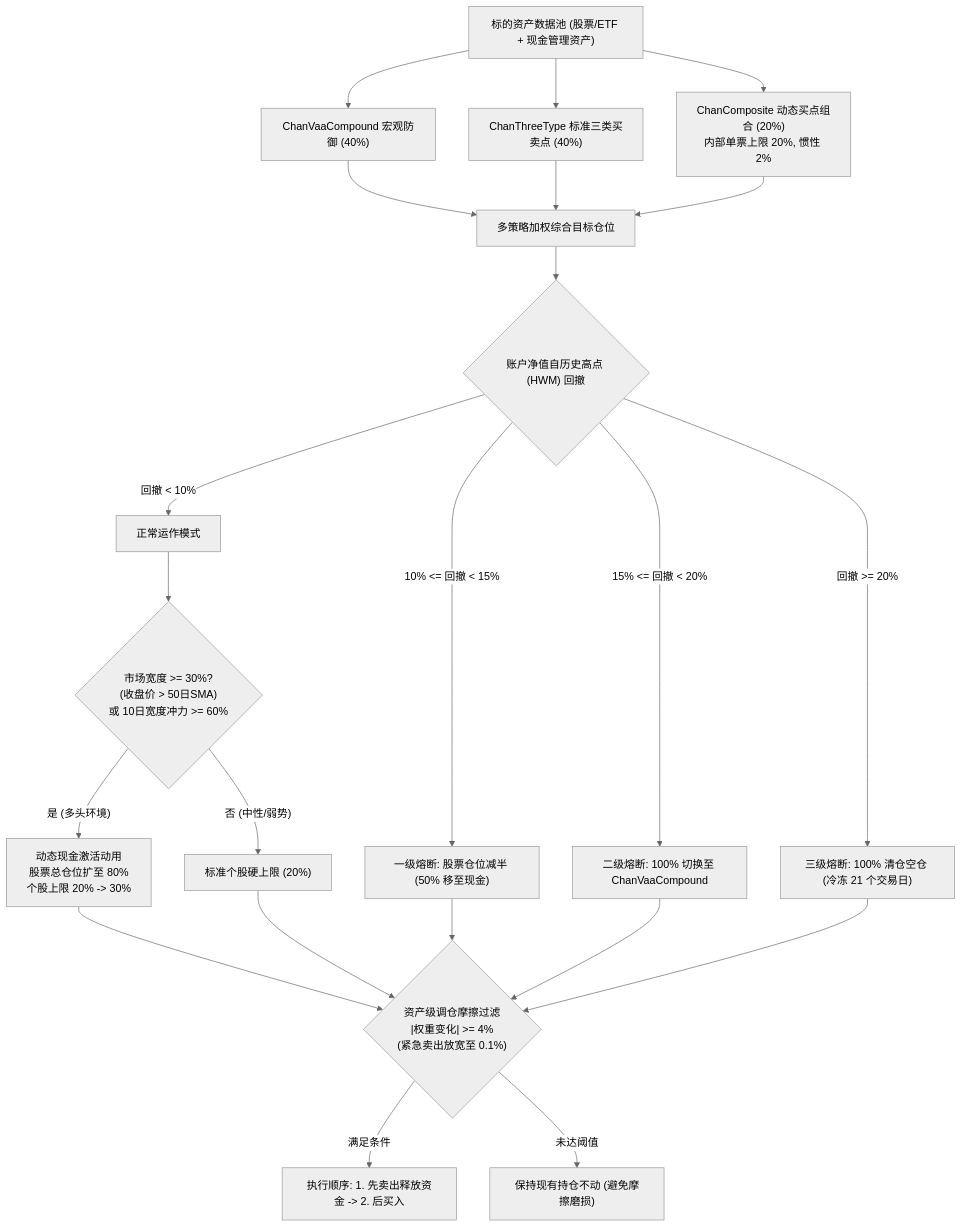
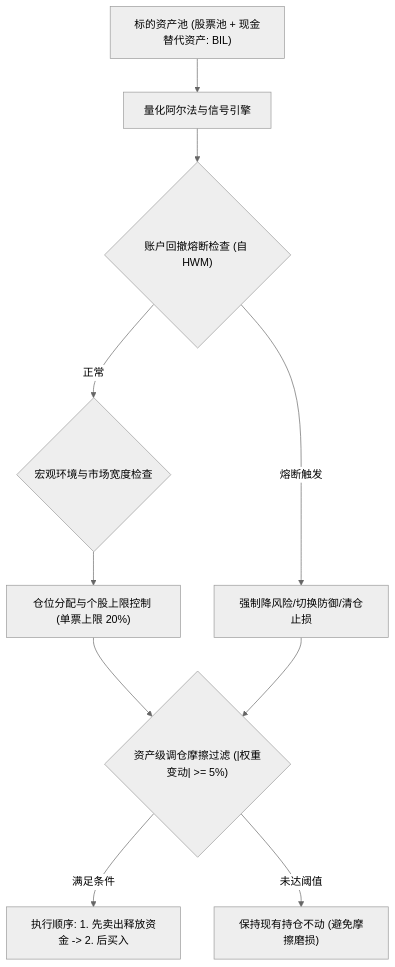
One commit to stonewell/quant_research changed the first of 2 diagrams in docs/ruleset/chan_risk_managed_blend/rules_cn.md. Above: the diagram before and after it, drawn with Mermaid (neutral theme). The commit also changed other lines of this file and 15 other files, not shown here.

````diff
--- a/docs/ruleset/chan_risk_managed_blend/rules_cn.md
+++ b/docs/ruleset/chan_risk_managed_blend/rules_cn.md
@@ -18,23 +17,11 @@
 ```mermaid
 flowchart TD
-    Universe["标的资产数据池 (股票/ETF + 现金管理资产)"] --> Sub1["ChanVaaCompound 宏观防御 (40%)"]
-    Universe --> Sub2["ChanThreeType 标准三类买卖点 (40%)"]
-    Universe --> Sub3["ChanComposite 动态买点组合 (20%)<br>内部单票上限 20%, 惯性 2%"]
-    
-    Sub1 & Sub2 & Sub3 --> Blend["多策略加权综合目标仓位"]
-    
-    Blend --> DDCheck{"账户净值自历史高点 (HWM) 回撤"}
-    
-    DDCheck -- "回撤 < 10%" --> NormalMode["正常运作模式"]
-    DDCheck -- "10% <= 回撤 < 15%" --> Tier1["一级熔断: 股票仓位减半 (50% 移至现金)"]
-    DDCheck -- "15% <= 回撤 < 20%" --> Tier2["二级熔断: 100% 切换至 ChanVaaCompound"]
-    DDCheck -- "回撤 >= 20%" --> Tier3["三级熔断: 100% 清仓空仓 (冷冻 21 个交易日)"]
-    
-    NormalMode --> BreadthCheck{"市场宽度 >= 30%?<br>(收盘价 > 50日SMA)<br>或 10日宽度冲力 >= 60%"}
-    BreadthCheck -- 是 (多头环境) --> DynamicCash["动态现金激活动用<br>股票总仓位扩至 80%<br>个股上限 20% -> 30%"]
-    BreadthCheck -- 否 (中性/弱势) --> BaseCap["标准个股硬上限 (20%)"]
-    
-    DynamicCash & BaseCap & Tier1 & Tier2 & Tier3 --> InertiaFilter{"资产级调仓摩擦过滤<br>|权重变化| >= 4%<br>(紧急卖出放宽至 0.1%)"}
-    InertiaFilter -- "满足条件" --> OrderExec["执行顺序: 1. 先卖出释放资金 -> 2. 后买入"]
-    InertiaFilter -- "未达阈值" --> HoldPrior["保持现有持仓不动 (避免摩擦磨损)"]
+    Universe["标的资产池 (股票池 + 现金替代资产: BIL)"] --> AlphaEngine["量化阿尔法与信号引擎"]
+    AlphaEngine --> DDCheck{"账户回撤熔断检查 (自 HWM)"}
+    DDCheck -- "正常" --> BreadthCheck{"宏观环境与市场宽度检查"}
+    DDCheck -- "熔断触发" --> RiskCut["强制降风险/切换防御/清仓止损"]
+    BreadthCheck --> Sizing["仓位分配与个股上限控制 (单票上限 20%)"]
+    Sizing & RiskCut --> FrictionFilter{"资产级调仓摩擦过滤 (|权重变动| >= 5%)"}
+    FrictionFilter -- "满足条件" --> OrderExec["执行顺序: 1. 先卖出释放资金 -> 2. 后买入"]
+    FrictionFilter -- "未达阈值" --> HoldPrior["保持现有持仓不动 (避免摩擦磨损)"]
 ```
````
